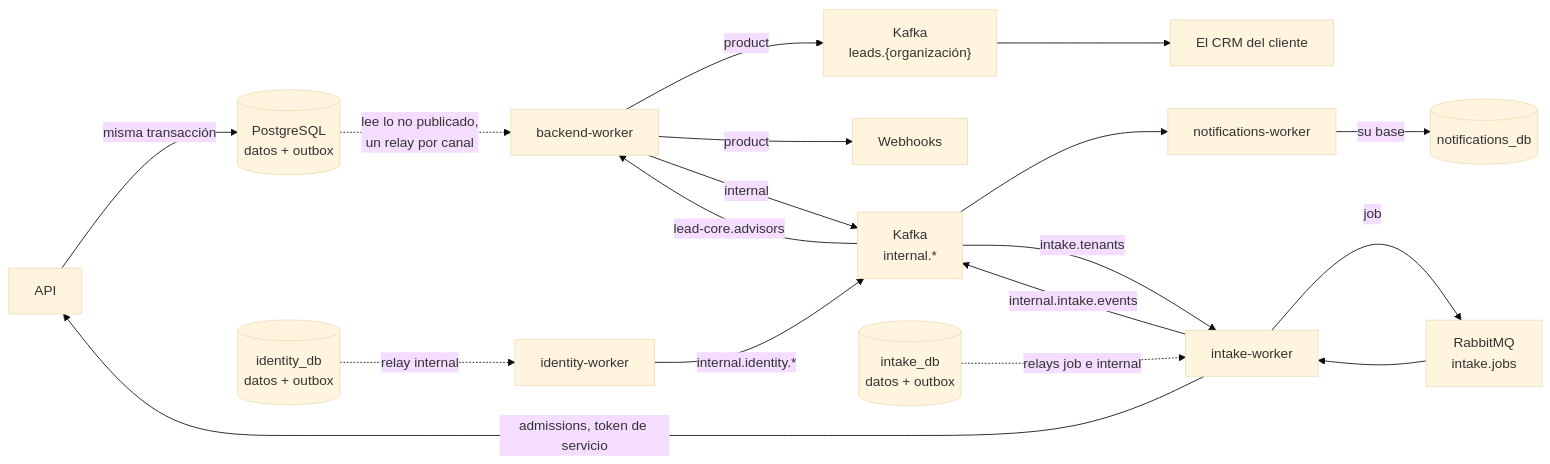
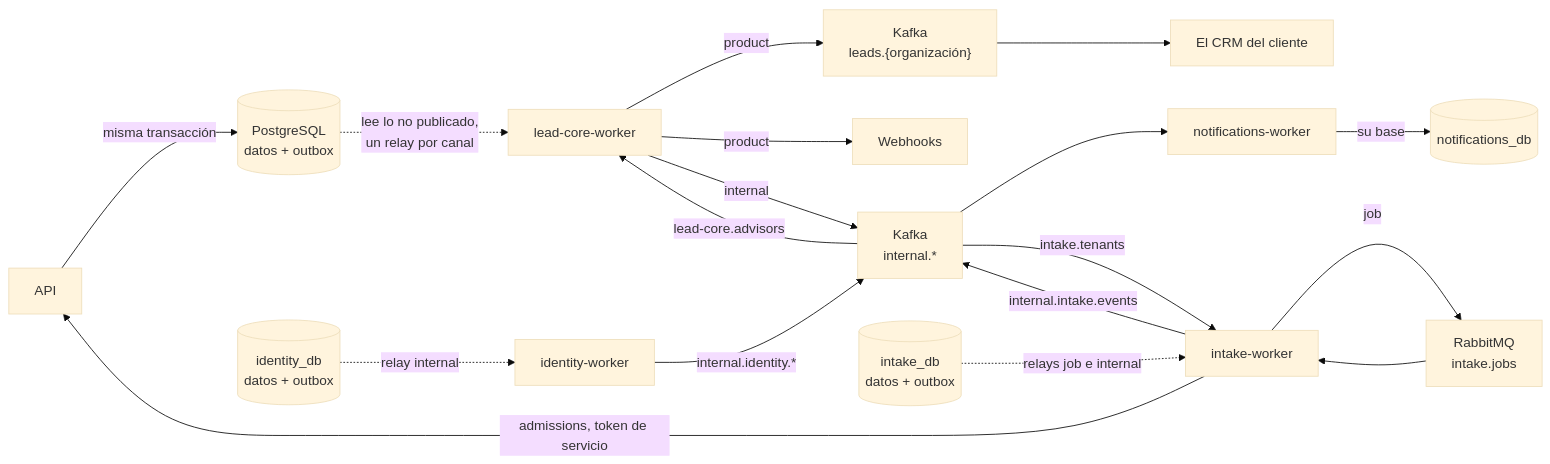
One commit to MDCIrony/leads-hexa changed the diagram in docs/content/eventos/index.md. Above: the diagram before and after it, drawn with Mermaid (base theme). The commit also changed other lines of this file and 23 other files, not shown here.

Commit message:
docs: describe lead-core as a service across the site

````diff
--- a/docs/content/eventos/index.md
+++ b/docs/content/eventos/index.md
@@ -45,20 +45,20 @@
 ```mermaid
 flowchart LR
     API["API"] -->|misma transacción| DB[("PostgreSQL<br/>datos + outbox")]
-    DB -.->|"lee lo no publicado,<br/>un relay por canal"| BW["backend-worker"]
+    DB -.->|"lee lo no publicado,<br/>un relay por canal"| BW["lead-core-worker"]
     BW -->|"product"| K["Kafka<br/>leads.{organización}"]
     BW -->|"product"| WH["Webhooks"]
     BW -->|"internal"| KI["Kafka<br/>internal.*"]
     K --> CRM["El CRM del cliente"]
     KI --> NW["notifications-worker"]
     NW -->|"su base"| NDB[("notifications_db")]
     IDDB[("identity_db<br/>datos + outbox")] -.->|"relay internal"| IW["identity-worker"]
     IW -->|"internal.identity.*"| KI
     KI -->|"lead-core.advisors"| BW
     INDB[("intake_db<br/>datos + outbox")] -.->|"relays job e internal"| W["intake-worker"]
     W -->|"job"| RMQ["RabbitMQ<br/>intake.jobs"]
     RMQ --> W
     W -->|"internal.intake.events"| KI
     KI -->|"intake.tenants"| W
     W -->|"admissions, token de servicio"| API
 ```
````
